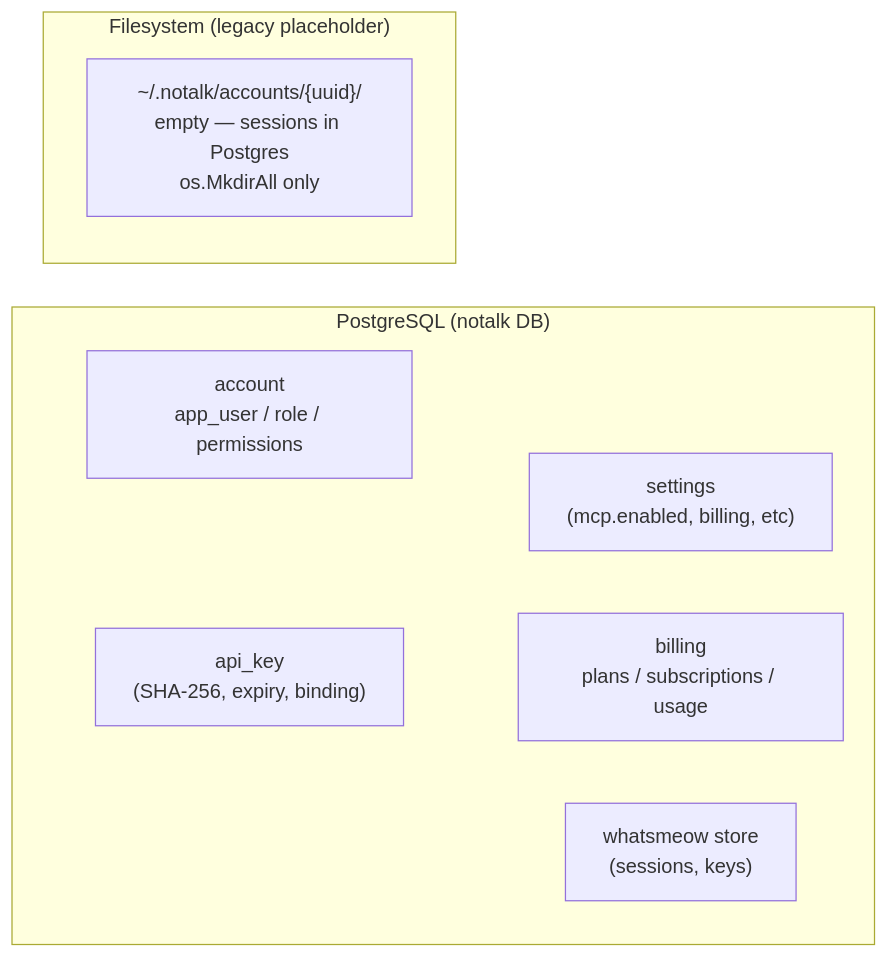
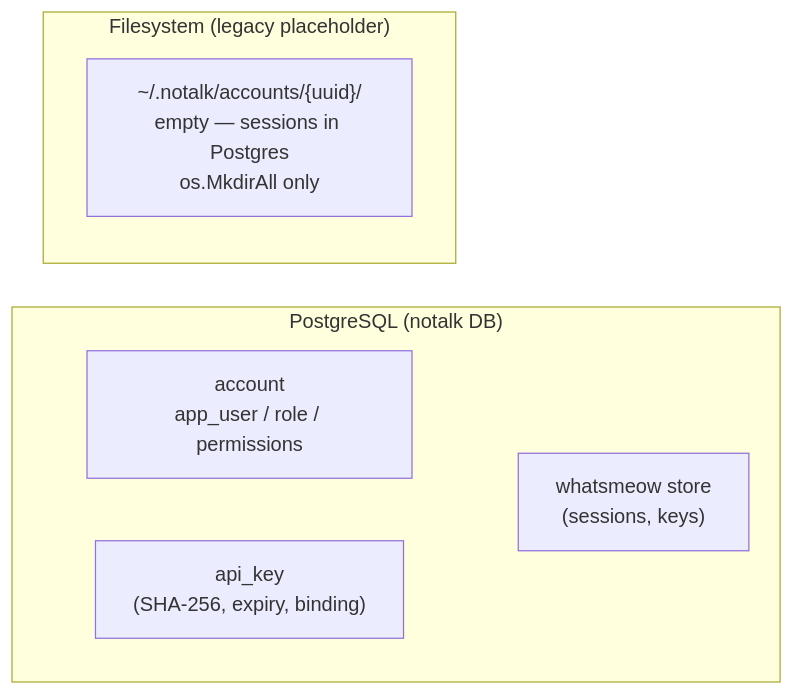
Before and after one commit to devstroop/notalk-server: the fourth of 4 diagrams in docs/architecture.md, drawn with Mermaid. The commit also changed other lines of this file and 21 other files, not shown here.

````diff
--- a/docs/architecture.md
+++ b/docs/architecture.md
@@ -156,17 +148,15 @@
 ```mermaid
 flowchart LR
     subgraph PG["PostgreSQL (notalk DB)"]
         A["account<br/>app_user / role / permissions"]
         B["api_key<br/>(SHA-256, expiry, binding)"]
-        C["settings<br/>(mcp.enabled, billing, etc)"]
-        D["billing<br/>plans / subscriptions / usage"]
         E["whatsmeow store<br/>(sessions, keys)"]
     end
 
     subgraph FS["Filesystem (legacy placeholder)"]
         F["~/.notalk/accounts/{uuid}/<br/>empty — sessions in Postgres<br/>os.MkdirAll only"]
     end
 
     A --- PG
     B --- PG
 ```
````
